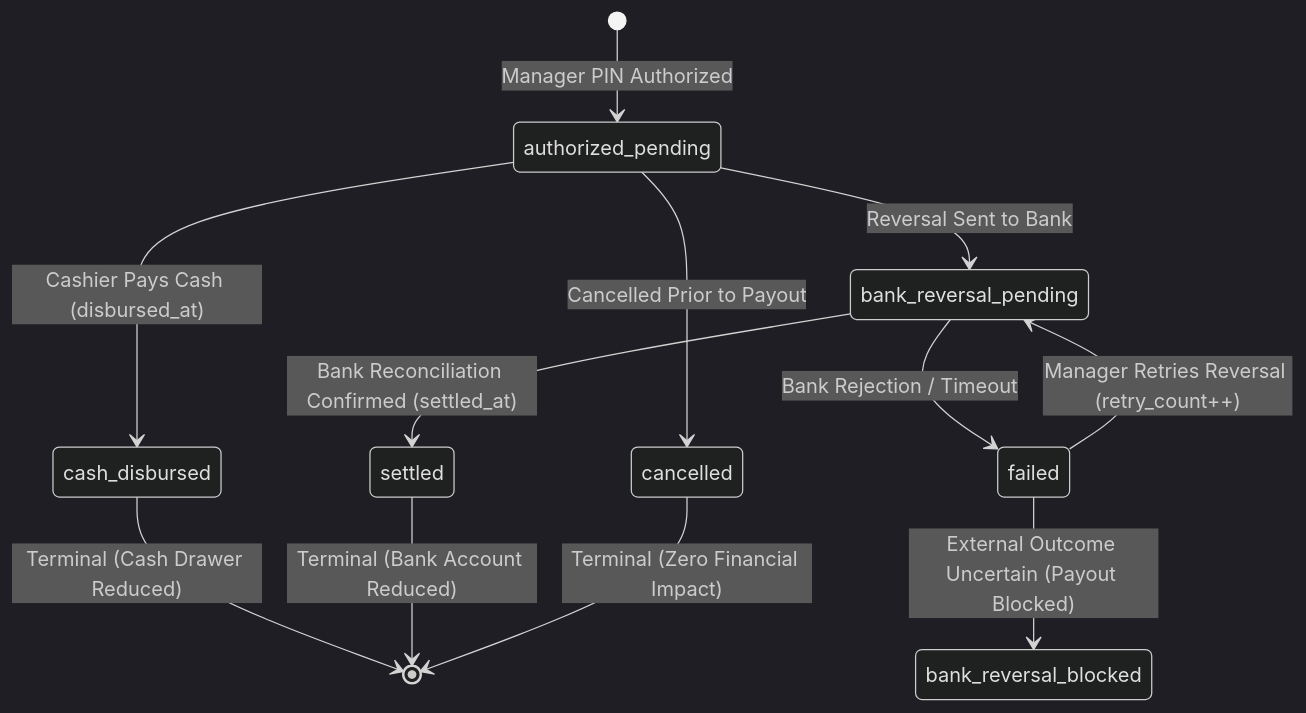
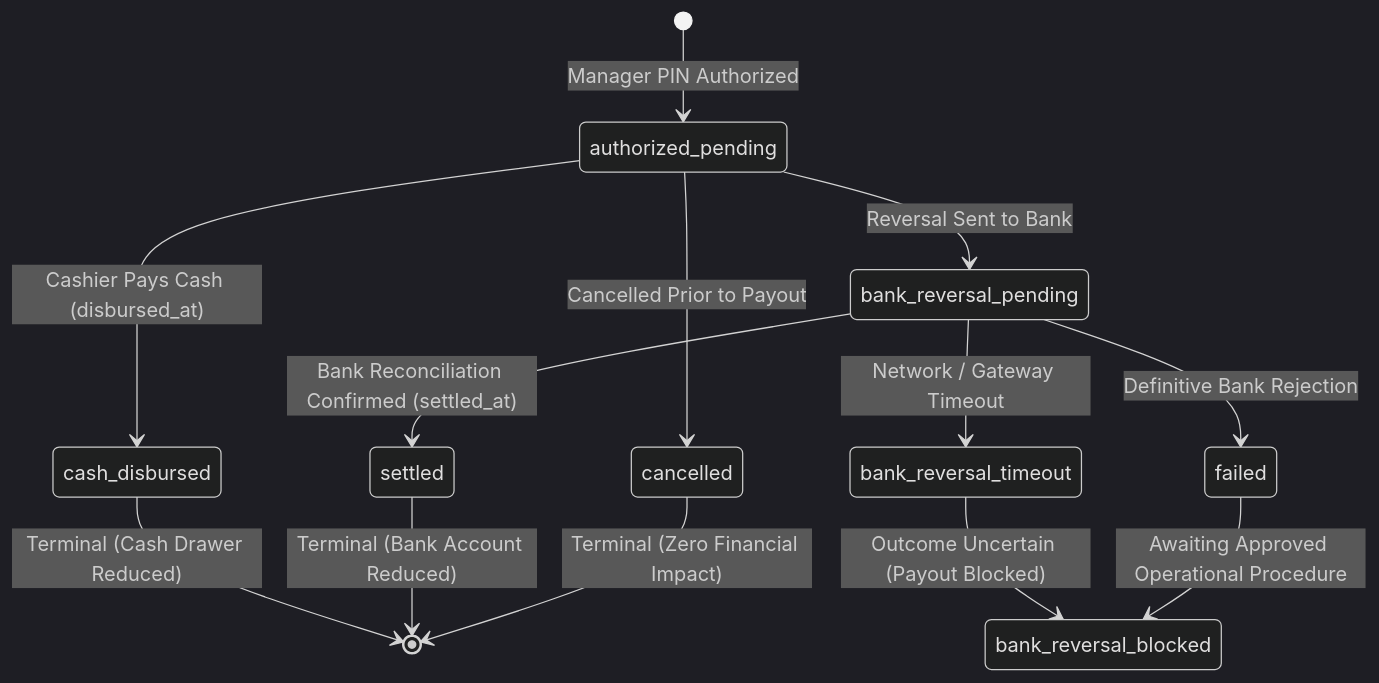
One commit to Tiffy-gif/Car-WashService changed the diagram in POS-FINAL-BUSINESS-RULES.md. Above: the diagram before and after it, drawn with Mermaid (dark theme). The commit also changed other lines of this file and 3 other files, not shown here.

````diff
--- a/POS-FINAL-BUSINESS-RULES.md
+++ b/POS-FINAL-BUSINESS-RULES.md
@@ -144,18 +149,19 @@
 ```mermaid
 stateDiagram-v2
     [*] --> authorized_pending: Manager PIN Authorized
 
     authorized_pending --> cash_disbursed: Cashier Pays Cash (disbursed_at)
     authorized_pending --> bank_reversal_pending: Reversal Sent to Bank
     authorized_pending --> cancelled: Cancelled Prior to Payout
 
     bank_reversal_pending --> settled: Bank Reconciliation Confirmed (settled_at)
-    bank_reversal_pending --> failed: Bank Rejection / Timeout
+    bank_reversal_pending --> bank_reversal_timeout: Network / Gateway Timeout
+    bank_reversal_pending --> failed: Definitive Bank Rejection
 
-    failed --> bank_reversal_pending: Manager Retries Reversal (retry_count++)
-    failed --> bank_reversal_blocked: External Outcome Uncertain (Payout Blocked)
+    bank_reversal_timeout --> bank_reversal_blocked: Outcome Uncertain (Payout Blocked)
+    failed --> bank_reversal_blocked: Awaiting Approved Operational Procedure
 
     cash_disbursed --> [*]: Terminal (Cash Drawer Reduced)
     settled --> [*]: Terminal (Bank Account Reduced)
     cancelled --> [*]: Terminal (Zero Financial Impact)
 ```
````
